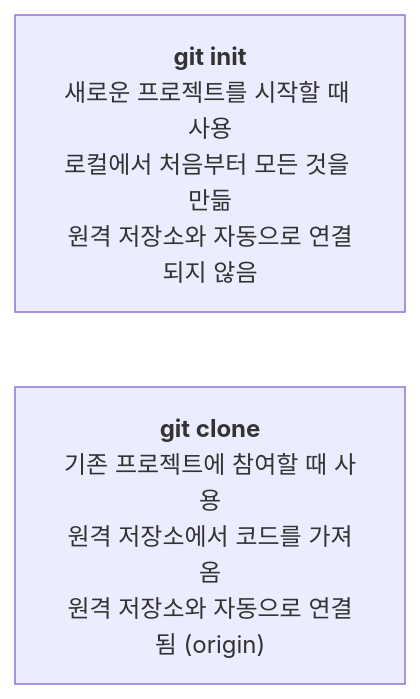
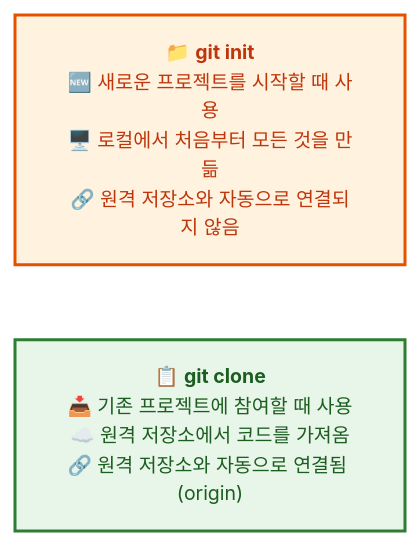
One commit to jingu279/Document changed the second of 2 diagrams in git/02_기초/01_Git_시작하기.md. Above: the diagram before and after it, drawn with Mermaid. The commit also changed other lines of this file and 24 other files, not shown here.

First line of the commit message:
Git 문서 전체 Mermaid 다이어그램 스타일링 통일

````diff
--- a/git/02_기초/01_Git_시작하기.md
+++ b/git/02_기초/01_Git_시작하기.md
@@ -149,5 +161,15 @@
 ```mermaid
+%%{init: {'theme': 'base', 'themeVariables': {'fontSize': '13px'}}}%%
 flowchart LR
-  Init["<b>git init</b><br/>새로운 프로젝트를 시작할 때 사용<br/>로컬에서 처음부터 모든 것을 만듦<br/>원격 저장소와 자동으로 연결되지 않음"]
-  Clone["<b>git clone</b><br/>기존 프로젝트에 참여할 때 사용<br/>원격 저장소에서 코드를 가져옴<br/>원격 저장소와 자동으로 연결됨 (origin)"]
+  Init["📁 <b>git init</b><br/>🆕 새로운 프로젝트를 시작할 때 사용<br/>🖥️ 로컬에서 처음부터 모든 것을 만듦<br/>🔗 원격 저장소와 자동으로 연결되지 않음"]
+  Clone["📋 <b>git clone</b><br/>📥 기존 프로젝트에 참여할 때 사용<br/>☁️ 원격 저장소에서 코드를 가져옴<br/>🔗 원격 저장소와 자동으로 연결됨 (origin)"]
+
+  classDef main fill:#fff3e0,stroke:#e65100,stroke-width:2px,color:#bf360c
+  classDef sub fill:#e8f5e9,stroke:#2e7d32,stroke-width:2px,color:#1b5e20
+  classDef proc fill:#e3f2fd,stroke:#1565c0,stroke-width:2px,color:#0d47a1
+  classDef decision fill:#fff9c4,stroke:#f9a825,stroke-width:2px,color:#e65100
+  classDef highlight fill:#f3e5f5,stroke:#6a1b9a,stroke-width:2px,color:#4a148c
+
+  class Init main
+  class Clone sub
 ```
````
